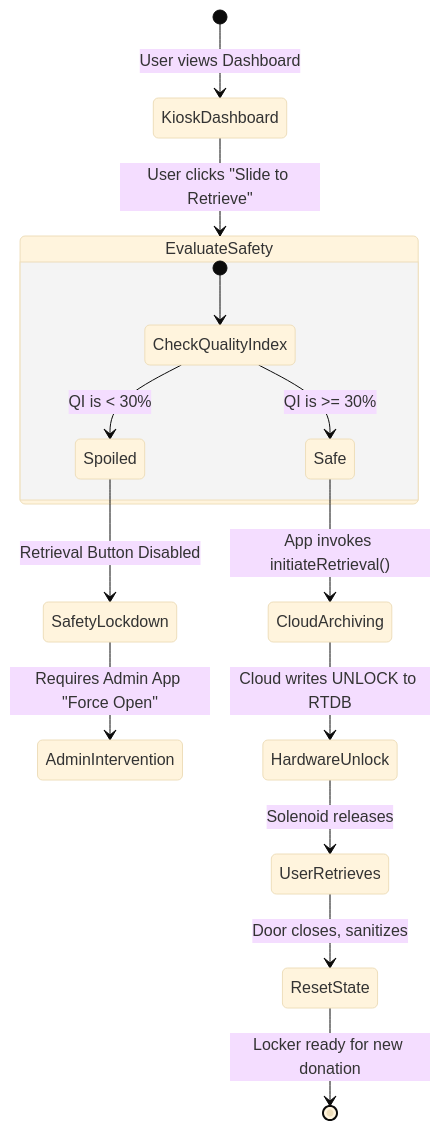
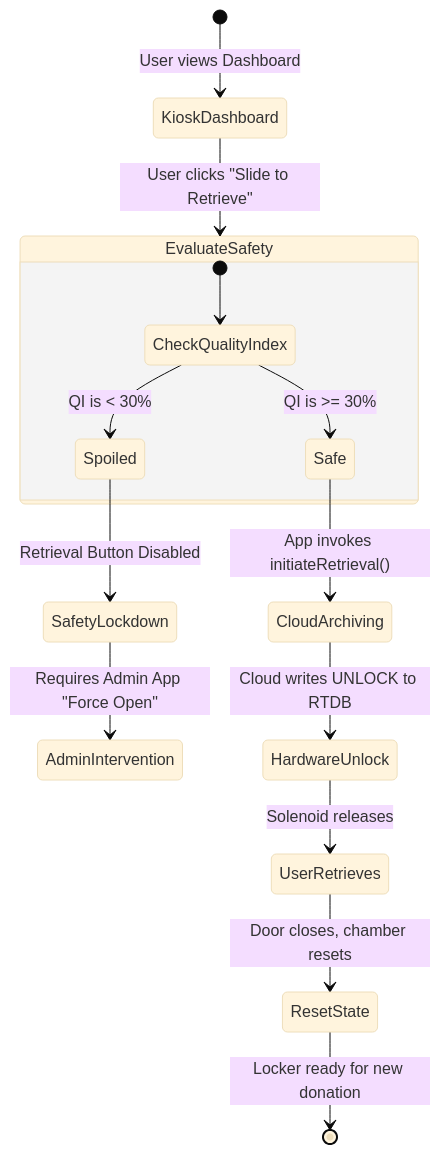
One commit to TamboliSara/ASEP2-PWA-2.0 changed the fifth of 6 diagrams in docs/SAFE_Locker_Visual_Guide.md. Above: the diagram before and after it, drawn with Mermaid (base theme). The commit also changed other lines of this file and 8 other files, not shown here.

````diff
--- a/docs/SAFE_Locker_Visual_Guide.md
+++ b/docs/SAFE_Locker_Visual_Guide.md
@@ -145,21 +145,21 @@
 ```mermaid
 stateDiagram-v2
     [*] --> KioskDashboard: User views Dashboard
     
     KioskDashboard --> EvaluateSafety: User clicks "Slide to Retrieve"
     
     state EvaluateSafety {
         [*] --> CheckQualityIndex
         CheckQualityIndex --> Safe: QI is >= 30%
         CheckQualityIndex --> Spoiled: QI is < 30%
     }
     
     Spoiled --> SafetyLockdown: Retrieval Button Disabled
     SafetyLockdown --> AdminIntervention: Requires Admin App "Force Open"
     
     Safe --> CloudArchiving: App invokes initiateRetrieval()
     CloudArchiving --> HardwareUnlock: Cloud writes UNLOCK to RTDB
     HardwareUnlock --> UserRetrieves: Solenoid releases
-    UserRetrieves --> ResetState: Door closes, sanitizes
+    UserRetrieves --> ResetState: Door closes, chamber resets
     ResetState --> [*]: Locker ready for new donation
 ```
````
